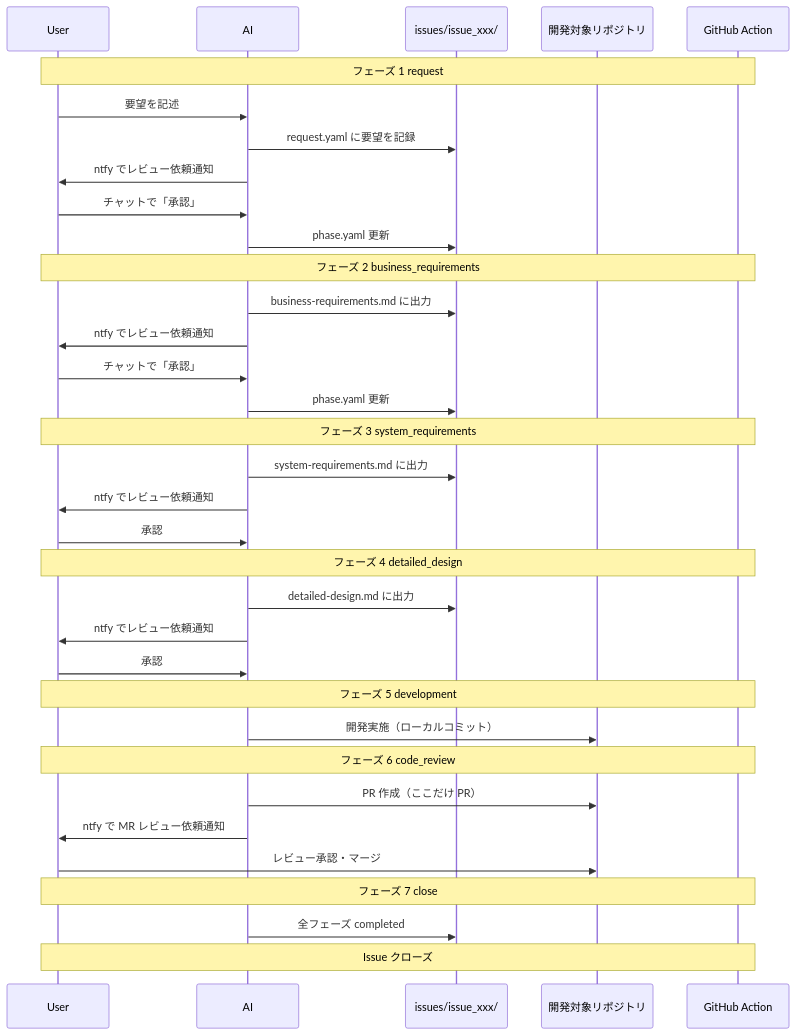
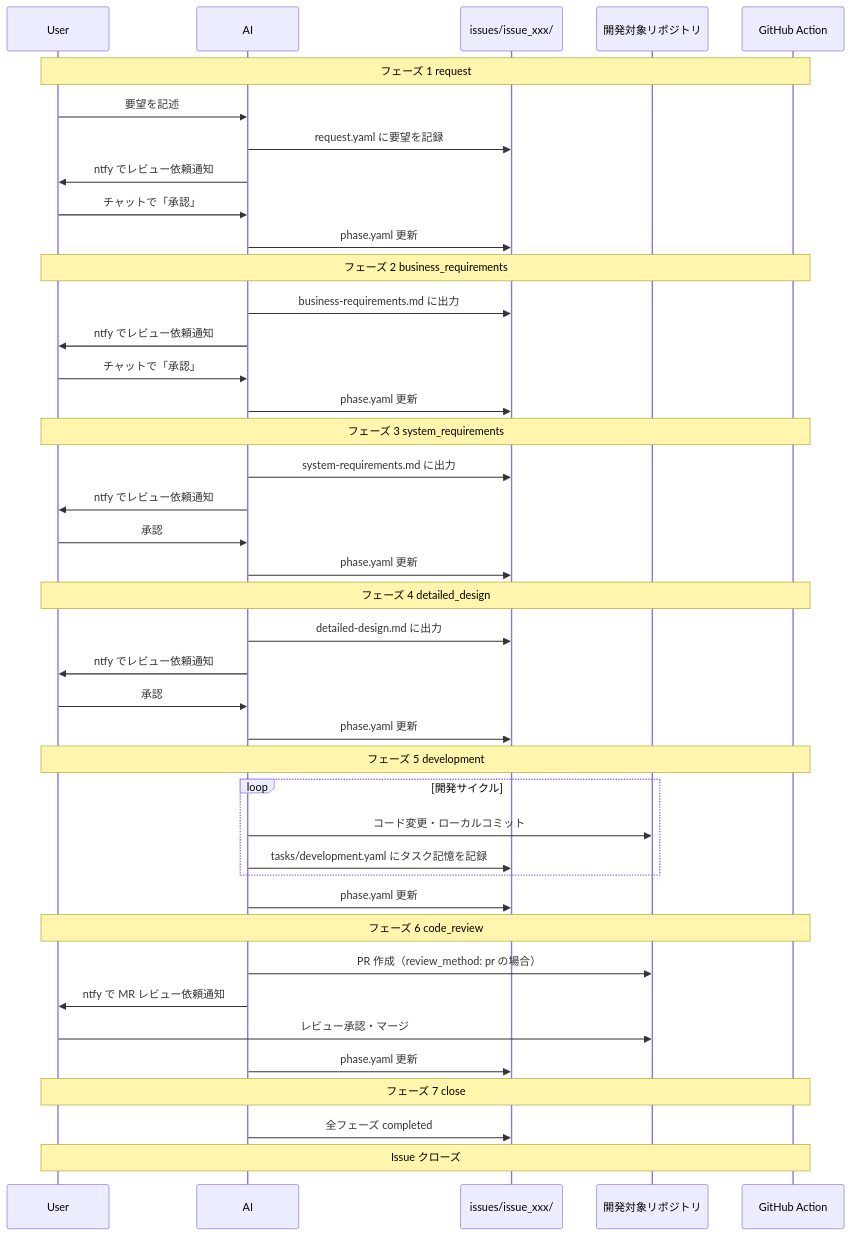
The diagram in README.md (kuroweb/ai-workspace), drawn with Mermaid before and after one commit. The commit also changed other lines of this file and 18 other files, not shown here.

````diff
--- a/README.md
+++ b/README.md
@@ -81,43 +102,50 @@
 ```mermaid
 sequenceDiagram
   participant User as User
   participant AI as AI
   participant Local as issues/issue_xxx/
   participant Repo as 開発対象リポジトリ
   participant GA as GitHub Action
 
   Note over User,GA: フェーズ 1 request
   User->>AI: 要望を記述
   AI->>Local: request.yaml に要望を記録
   AI->>User: ntfy でレビュー依頼通知
   User->>AI: チャットで「承認」
   AI->>Local: phase.yaml 更新
 
   Note over User,GA: フェーズ 2 business_requirements
   AI->>Local: business-requirements.md に出力
   AI->>User: ntfy でレビュー依頼通知
   User->>AI: チャットで「承認」
   AI->>Local: phase.yaml 更新
 
   Note over User,GA: フェーズ 3 system_requirements
   AI->>Local: system-requirements.md に出力
   AI->>User: ntfy でレビュー依頼通知
   User->>AI: 承認
+  AI->>Local: phase.yaml 更新
 
   Note over User,GA: フェーズ 4 detailed_design
   AI->>Local: detailed-design.md に出力
   AI->>User: ntfy でレビュー依頼通知
   User->>AI: 承認
+  AI->>Local: phase.yaml 更新
 
   Note over User,GA: フェーズ 5 development
-  AI->>Repo: 開発実施（ローカルコミット）
+  loop 開発サイクル
+    AI->>Repo: コード変更・ローカルコミット
+    AI->>Local: tasks/development.yaml にタスク記憶を記録
+  end
+  AI->>Local: phase.yaml 更新
 
   Note over User,GA: フェーズ 6 code_review
-  AI->>Repo: PR 作成（ここだけ PR）
+  AI->>Repo: PR 作成（review_method: pr の場合）
   AI->>User: ntfy で MR レビュー依頼通知
   User->>Repo: レビュー承認・マージ
+  AI->>Local: phase.yaml 更新
 
   Note over User,GA: フェーズ 7 close
   AI->>Local: 全フェーズ completed
   Note over User,GA: Issue クローズ
 ```
````
